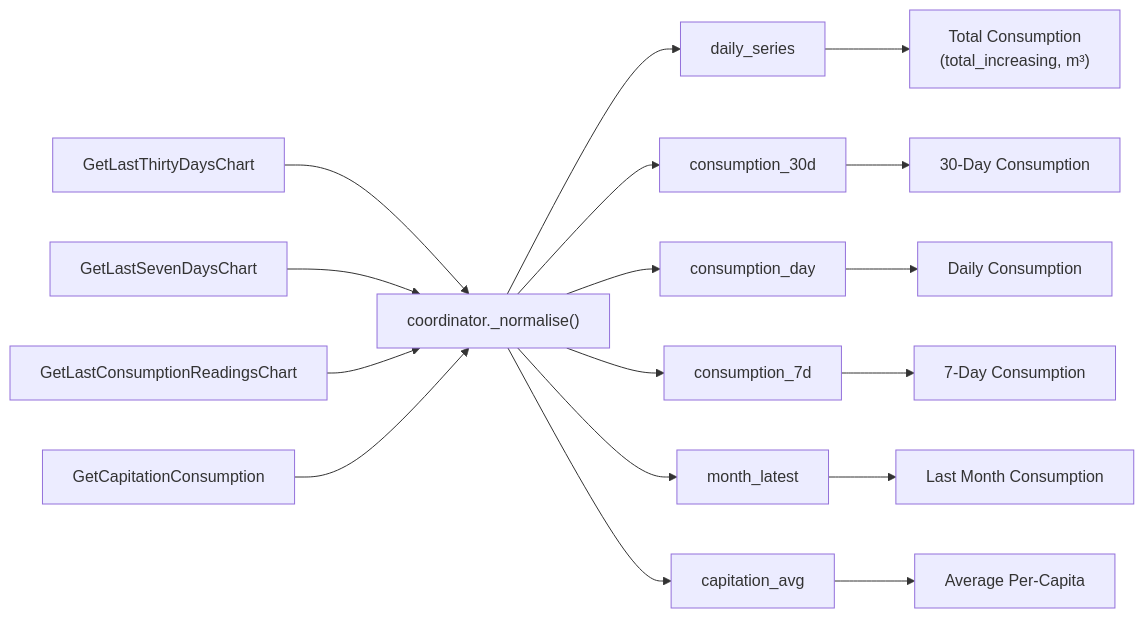
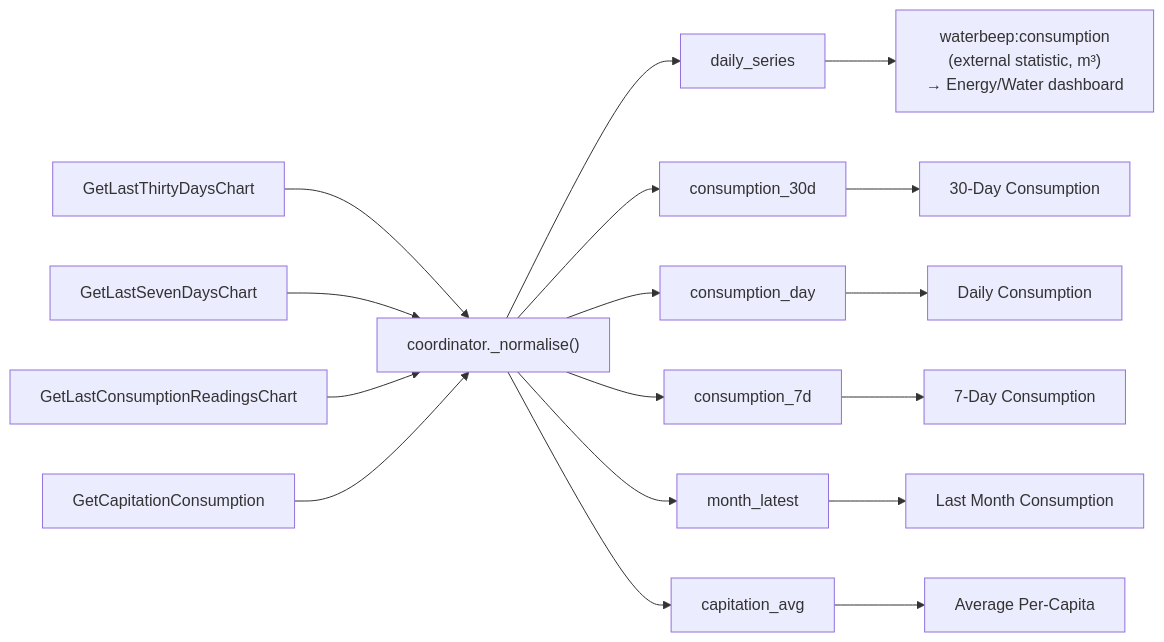
The second of 3 diagrams in custom_components/waterbeep/docs/API.md (JoaoPedroBelo/waterbeep-ha), drawn with Mermaid before and after one commit. The commit also changed other lines of this file and 11 other files, not shown here.

````diff
--- a/custom_components/waterbeep/docs/API.md
+++ b/custom_components/waterbeep/docs/API.md
@@ -57,21 +57,21 @@
 ```mermaid
 flowchart LR
     E1["GetLastThirtyDaysChart"] --> N["coordinator._normalise()"]
     E2["GetLastSevenDaysChart"] --> N
     E3["GetLastConsumptionReadingsChart"] --> N
     E4["GetCapitationConsumption"] --> N
 
     N --> D1["daily_series"]
     N --> D2["consumption_30d"]
     N --> D3["consumption_day"]
     N --> D4["consumption_7d"]
     N --> D5["month_latest"]
     N --> D6["capitation_avg"]
 
-    D1 --> S0["Total Consumption<br/>(total_increasing, m³)"]
+    D1 --> S0["waterbeep:consumption<br/>(external statistic, m³)<br/>→ Energy/Water dashboard"]
     D2 --> S2["30-Day Consumption"]
     D3 --> S3["Daily Consumption"]
     D4 --> S4["7-Day Consumption"]
     D5 --> S5["Last Month Consumption"]
     D6 --> S6["Average Per-Capita"]
 ```
````
